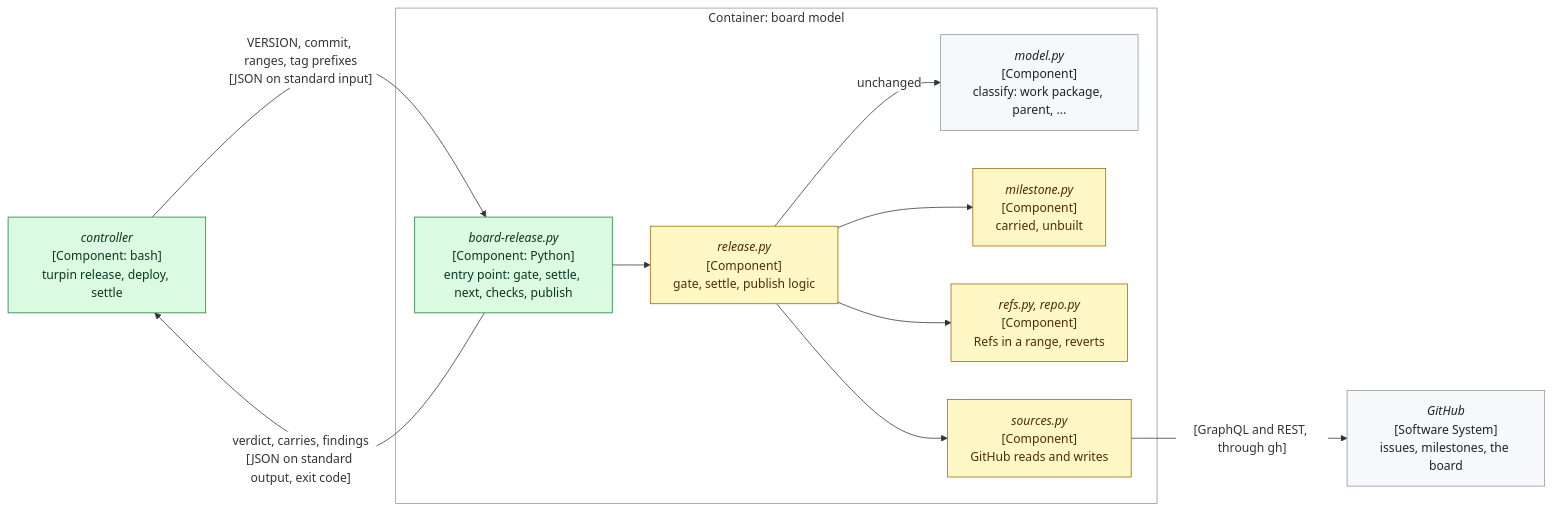
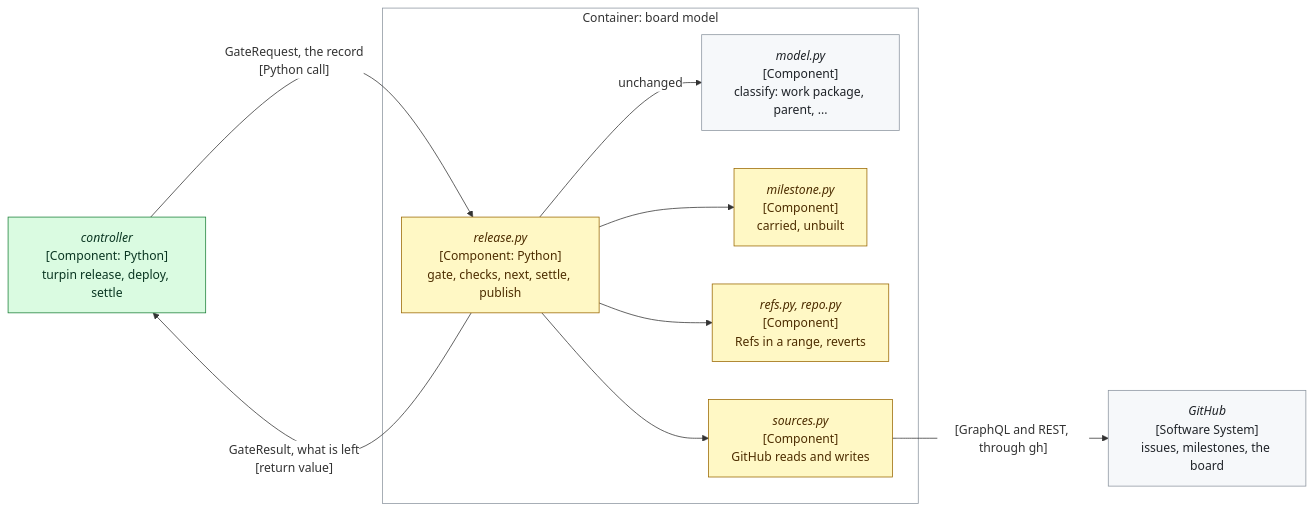
The seventh of 10 diagrams in records/2.5-changes/programme-tooling/117-generic-deliver-tool/design.md (delphside/programme), drawn with Mermaid before and after one commit. The commit also changed other lines of this file, not shown here.

First line of the commit message:
Change 117: Python controller and the layered OCIR adapter (draft)

````diff
--- a/records/2.5-changes/programme-tooling/117-generic-deliver-tool/design.md
+++ b/records/2.5-changes/programme-tooling/117-generic-deliver-tool/design.md
@@ -739,28 +867,26 @@
 ```mermaid
 %%{init: {"themeVariables": {"clusterBkg": "#ffffff", "clusterBorder": "#8c959f", "edgeLabelBackground": "#ffffff"}}}%%
 flowchart LR
-  CTL["<i>controller</i><br>[Component: bash]<br>turpin release, deploy, settle"]
+  CTL["<i>controller</i><br>[Component: Python]<br>turpin release, deploy, settle"]
   subgraph MODEL["Container: board model"]
-    BR["<i>board-release.py</i><br>[Component: Python]<br>entry point: gate, settle, next, checks, publish"]
-    RL["<i>release.py</i><br>[Component]<br>gate, settle, publish logic"]
+    RL["<i>release.py</i><br>[Component: Python]<br>gate, checks, next, settle, publish"]
     M["<i>model.py</i><br>[Component]<br>classify: work package, parent, ..."]
     MS["<i>milestone.py</i><br>[Component]<br>carried, unbuilt"]
     RF["<i>refs.py, repo.py</i><br>[Component]<br>Refs in a range, reverts"]
     SRC["<i>sources.py</i><br>[Component]<br>GitHub reads and writes"]
   end
   GH["<i>GitHub</i><br>[Software System]<br>issues, milestones, the board"]
-  CTL -->|"VERSION, commit, ranges, tag prefixes<br>[JSON on standard input]"| BR
-  BR -->|"verdict, carries, findings<br>[JSON on standard output, exit code]"| CTL
-  BR --> RL
+  CTL -->|"GateRequest, the record<br>[Python call]"| RL
+  RL -->|"GateResult, what is left<br>[return value]"| CTL
   RL -->|unchanged| M
   RL --> MS
   RL --> RF
   RL --> SRC
   SRC -->|"[GraphQL and REST, through gh]"| GH
   classDef unchanged    fill:#f6f8fa,stroke:#8c959f,color:#1f2328
   classDef new          fill:#dafbe1,stroke:#1a7f37,color:#0a3622
   classDef changed      fill:#fff8c5,stroke:#9a6700,color:#4d2d00
-  class CTL,BR new
+  class CTL new
   class RL,MS,RF,SRC changed
   class M,GH unchanged
 ```
````
